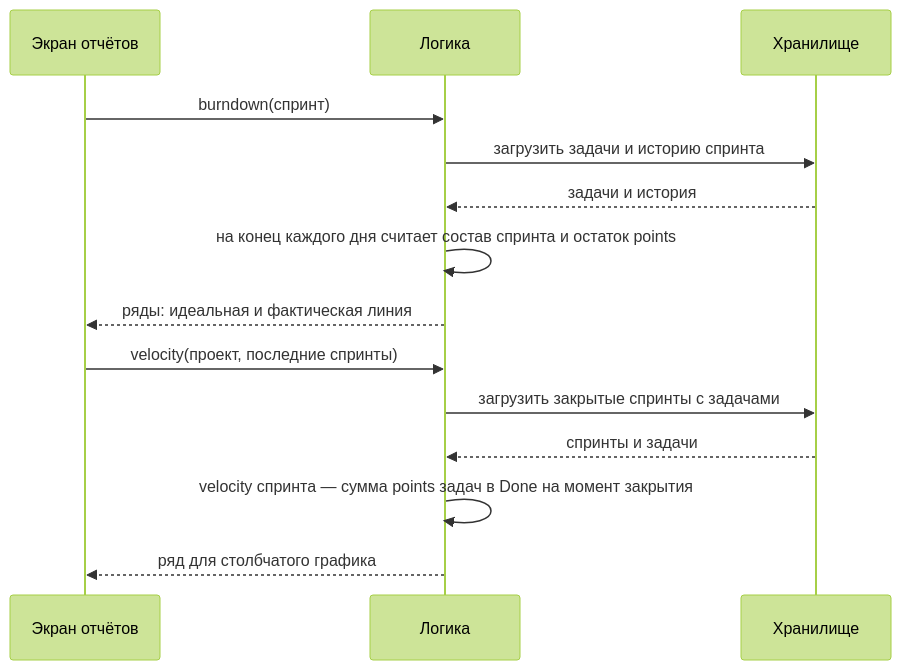
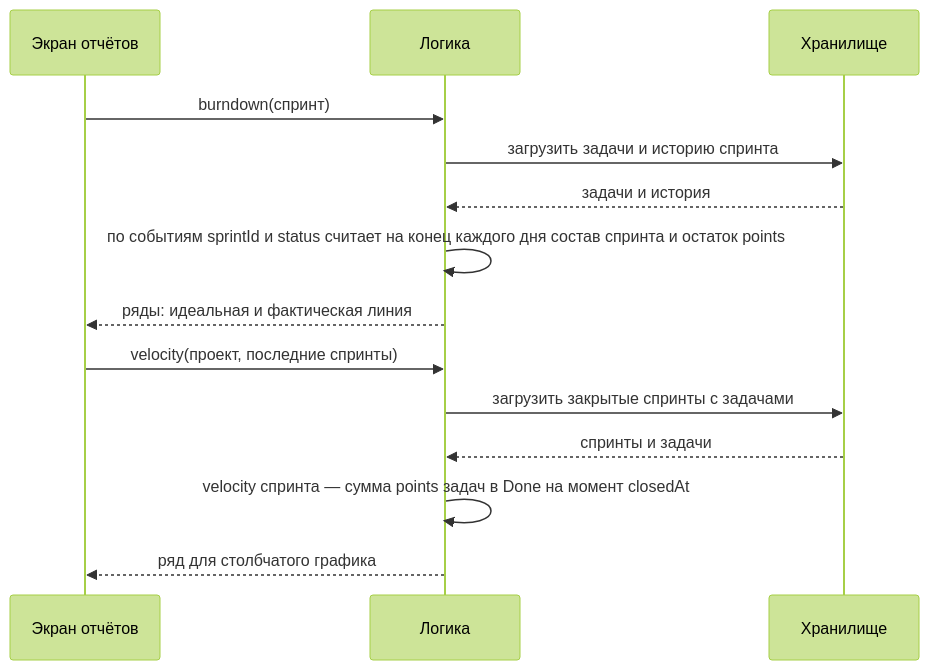
One commit to TimurNazmutdinov/team-tracker changed the sixth of 6 diagrams in docs/architecture.md. Above: the diagram before and after it, drawn with Mermaid (forest theme). The commit also changed other lines of this file and 45 other files, not shown here.

````diff
--- a/docs/architecture.md
+++ b/docs/architecture.md
@@ -205,16 +207,16 @@
 ```mermaid
 sequenceDiagram
     participant E as Экран отчётов
     participant L as Логика
     participant S as Хранилище
     E->>L: burndown(спринт)
     L->>S: загрузить задачи и историю спринта
     S-->>L: задачи и история
-    L->>L: на конец каждого дня считает состав спринта и остаток points
+    L->>L: по событиям sprintId и status считает на конец каждого дня состав спринта и остаток points
     L-->>E: ряды: идеальная и фактическая линия
     E->>L: velocity(проект, последние спринты)
     L->>S: загрузить закрытые спринты с задачами
     S-->>L: спринты и задачи
-    L->>L: velocity спринта — сумма points задач в Done на момент закрытия
+    L->>L: velocity спринта — сумма points задач в Done на момент closedAt
     L-->>E: ряд для столбчатого графика
 ```
````
